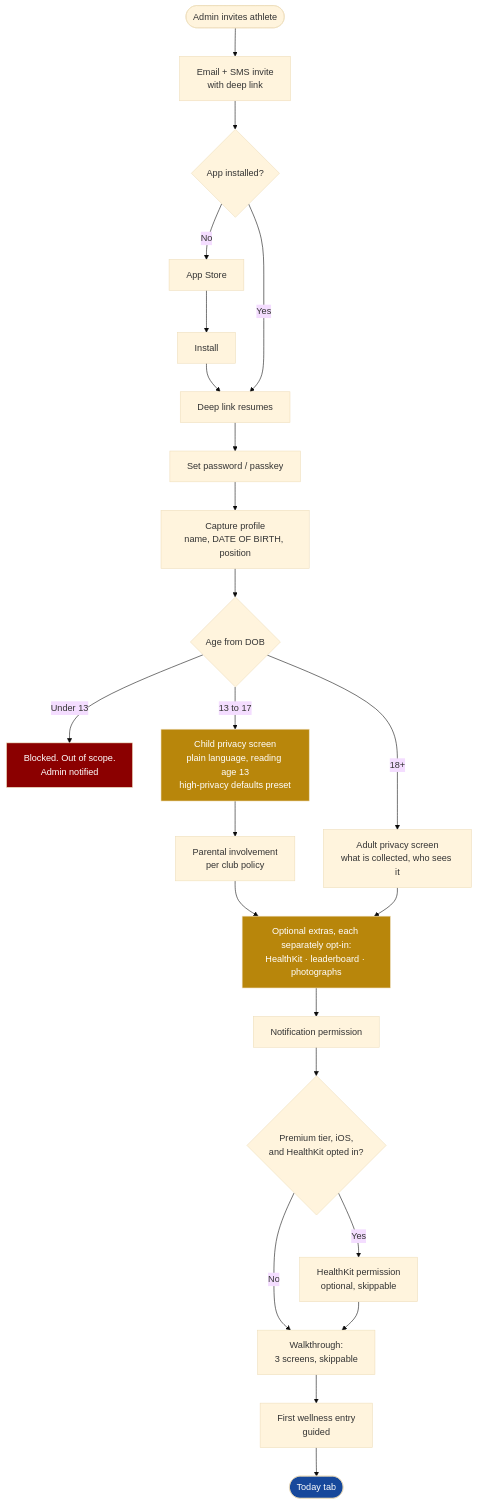
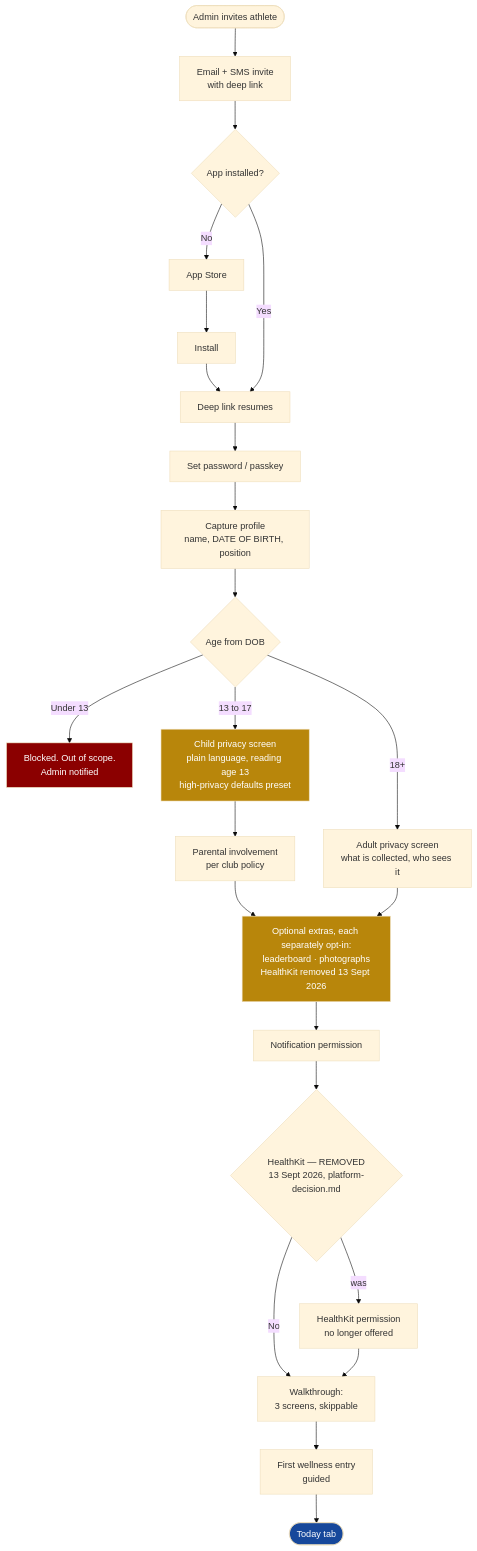
The second of 10 diagrams in docs/03-flows.md (isabellasale212/FYDR), drawn with Mermaid (base theme) before and after one commit. The commit also changed other lines of this file and 29 other files, not shown here.

````diff
--- a/docs/03-flows.md
+++ b/docs/03-flows.md
@@ -53,33 +53,33 @@
 ```mermaid
 graph TD
     S([Admin invites athlete]) --> E[Email + SMS invite<br/>with deep link]
     E --> D{App installed?}
     D -->|No| AS[App Store] --> I[Install]
     I --> DL[Deep link resumes]
     D -->|Yes| DL
     DL --> AU[Set password / passkey]
     AU --> PR[Capture profile<br/>name, DATE OF BIRTH, position]
     PR --> AGE{Age from DOB}
 
     AGE -->|Under 13| U13[Blocked. Out of scope.<br/>Admin notified]
     AGE -->|13 to 17| MIN[Child privacy screen<br/>plain language, reading age 13<br/>high-privacy defaults preset]
     AGE -->|18+| AD[Adult privacy screen<br/>what is collected, who sees it]
 
     MIN --> PAR[Parental involvement<br/>per club policy]
     PAR --> OPT
     AD --> OPT
 
-    OPT[Optional extras, each separately opt-in:<br/>HealthKit · leaderboard · photographs]
+    OPT[Optional extras, each separately opt-in:<br/>leaderboard · photographs<br/>HealthKit removed 13 Sept 2026]
     OPT --> NP[Notification permission]
-    NP --> HK{Premium tier, iOS,<br/>and HealthKit opted in?}
-    HK -->|Yes| HKP[HealthKit permission<br/>optional, skippable]
+    NP --> HK{HealthKit — REMOVED<br/>13 Sept 2026, platform-decision.md}
+    HK -->|was| HKP[HealthKit permission<br/>no longer offered]
     HK -->|No| WT
     HKP --> WT[Walkthrough:<br/>3 screens, skippable]
     WT --> FW[First wellness entry<br/>guided]
     FW --> T([Today tab])
 
     style MIN fill:#b8860b,color:#fff
     style U13 fill:#8b0000,color:#fff
     style OPT fill:#b8860b,color:#fff
     style T fill:#17489b,color:#fff
 ```
````
